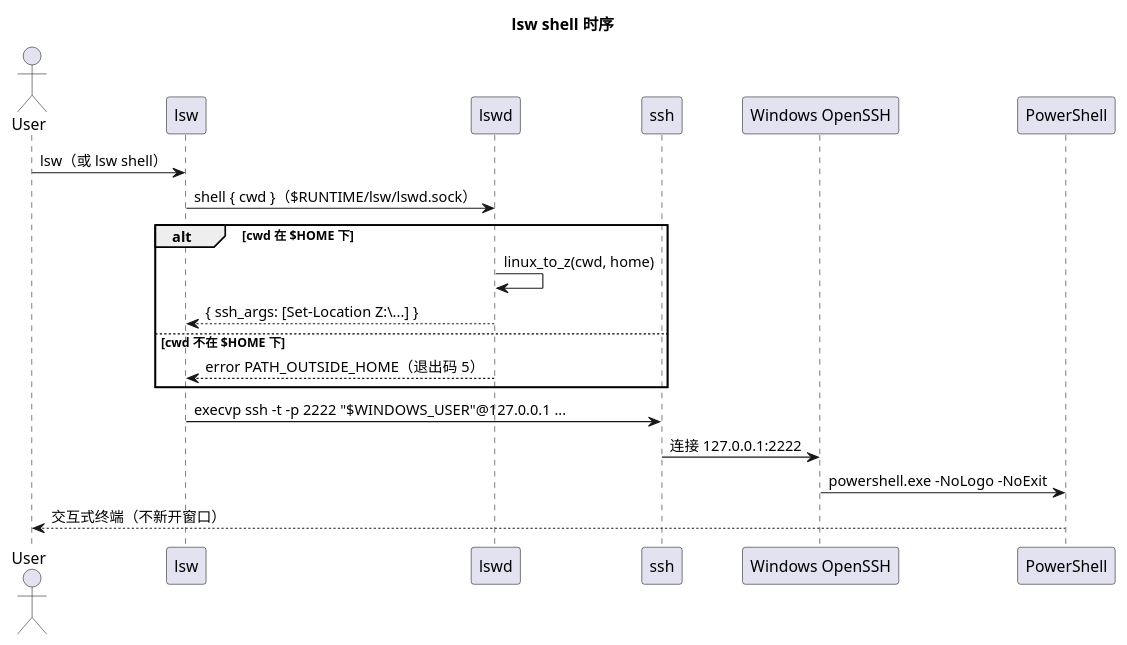
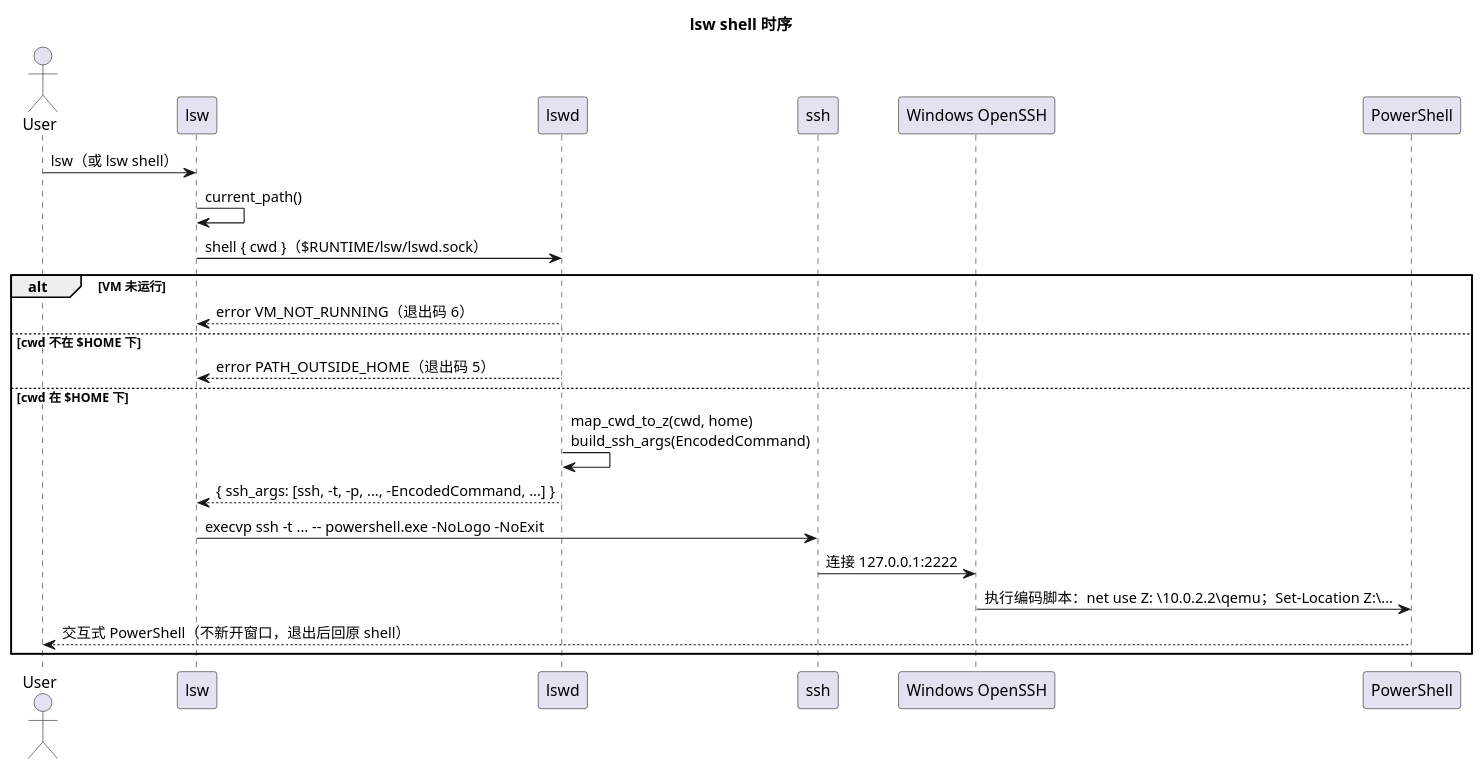
The diagram in docs/diagrams/sequence-shell.puml (yunzheyue-star/lsw), drawn with PlantUML before and after one commit. The commit also changed 18 other files, not shown here.

```diff
--- a/docs/diagrams/sequence-shell.puml
+++ b/docs/diagrams/sequence-shell.puml
@@ -1,22 +1,25 @@
 @startuml
 title lsw shell 时序
 actor User
 participant "lsw" as CLI
 participant "lswd" as Daemon
 participant "ssh" as SSH
 participant "Windows OpenSSH" as WinSSH
 participant "PowerShell" as PS
 
 User -> CLI : lsw（或 lsw shell）
+CLI -> CLI : current_path()
 CLI -> Daemon : shell { cwd }（$RUNTIME/lsw/lswd.sock）
-alt cwd 在 $HOME 下
-  Daemon -> Daemon : linux_to_z(cwd, home)
-  Daemon --> CLI : { ssh_args: [Set-Location Z:\\...] }
+alt VM 未运行
+  Daemon --> CLI : error VM_NOT_RUNNING（退出码 6）
 else cwd 不在 $HOME 下
   Daemon --> CLI : error PATH_OUTSIDE_HOME（退出码 5）
+else cwd 在 $HOME 下
+  Daemon -> Daemon : map_cwd_to_z(cwd, home)\nbuild_ssh_args(EncodedCommand)
+  Daemon --> CLI : { ssh_args: [ssh, -t, -p, ..., -EncodedCommand, ...] }
+  CLI -> SSH : execvp ssh -t ... -- powershell.exe -NoLogo -NoExit
+  SSH -> WinSSH : 连接 127.0.0.1:2222
+  WinSSH -> PS : 执行编码脚本：net use Z: \\10.0.2.2\qemu；Set-Location Z:\...
+  PS --> User : 交互式 PowerShell（不新开窗口，退出后回原 shell）
 end
-CLI -> SSH : execvp ssh -t -p 2222 "$WINDOWS_USER"@127.0.0.1 ...
-SSH -> WinSSH : 连接 127.0.0.1:2222
-WinSSH -> PS : powershell.exe -NoLogo -NoExit
-PS --> User : 交互式终端（不新开窗口）
 @enduml
```
